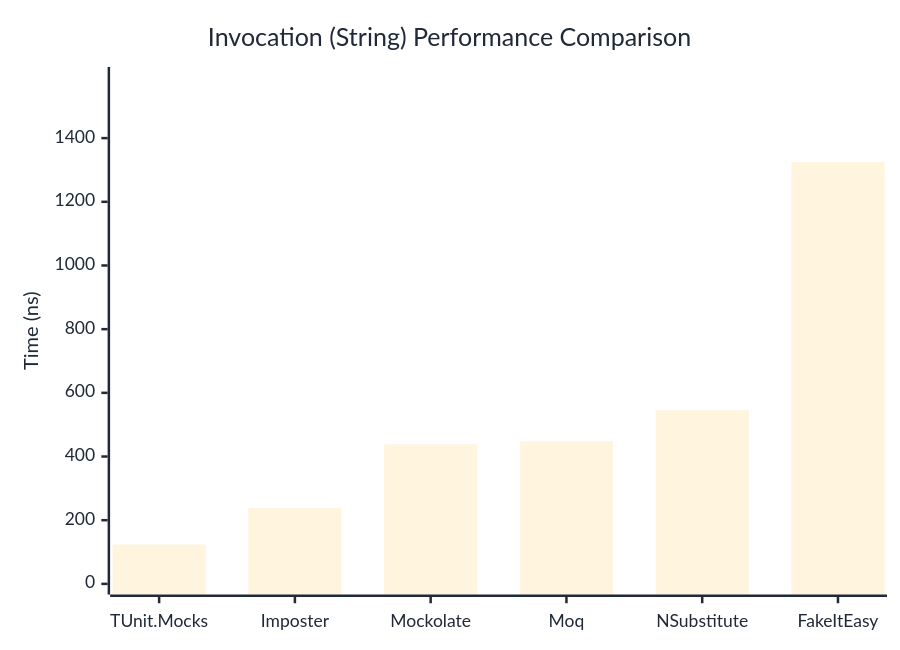
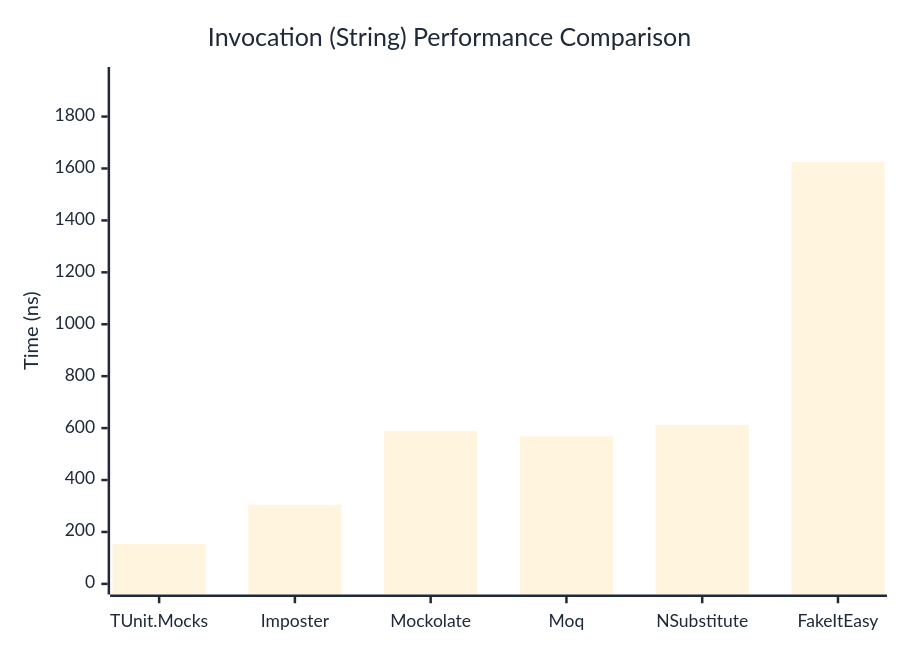
Before and after one commit to thomhurst/TUnit: the second of 3 diagrams in docs/docs/benchmarks/mocks/Invocation.md, drawn with Mermaid. The commit also changed other lines of this file and 14 other files, not shown here.

````diff
--- a/docs/docs/benchmarks/mocks/Invocation.md
+++ b/docs/docs/benchmarks/mocks/Invocation.md
@@ -69,27 +69,27 @@
 ```mermaid
 %%{init: {
   'theme':'base',
   'themeVariables': {
     'primaryColor': '#2563eb',
     'primaryTextColor': '#1f2937',
     'primaryBorderColor': '#1e40af',
     'lineColor': '#6b7280',
     'secondaryColor': '#7c3aed',
     'tertiaryColor': '#dc2626',
     'background': '#ffffff',
     'pie1': '#2563eb',
     'pie2': '#7c3aed',
     'pie3': '#dc2626',
     'pie4': '#f59e0b',
     'pie5': '#10b981',
     'pie6': '#06b6d4',
     'pie7': '#ec4899',
     'pie8': '#6366f1'
   }
 }}%%
 xychart-beta
   title "Invocation (String) Performance Comparison"
   x-axis ["TUnit.Mocks", "Imposter", "Mockolate", "Moq", "NSubstitute", "FakeItEasy"]
-  y-axis "Time (ns)" 0 --> 1590
-  bar [123.4, 238.9, 438.1, 447.8, 545.2, 1324.7]
+  y-axis "Time (ns)" 0 --> 1950
+  bar [153.9, 304.8, 588, 568.4, 612.7, 1624.6]
 ```
````
